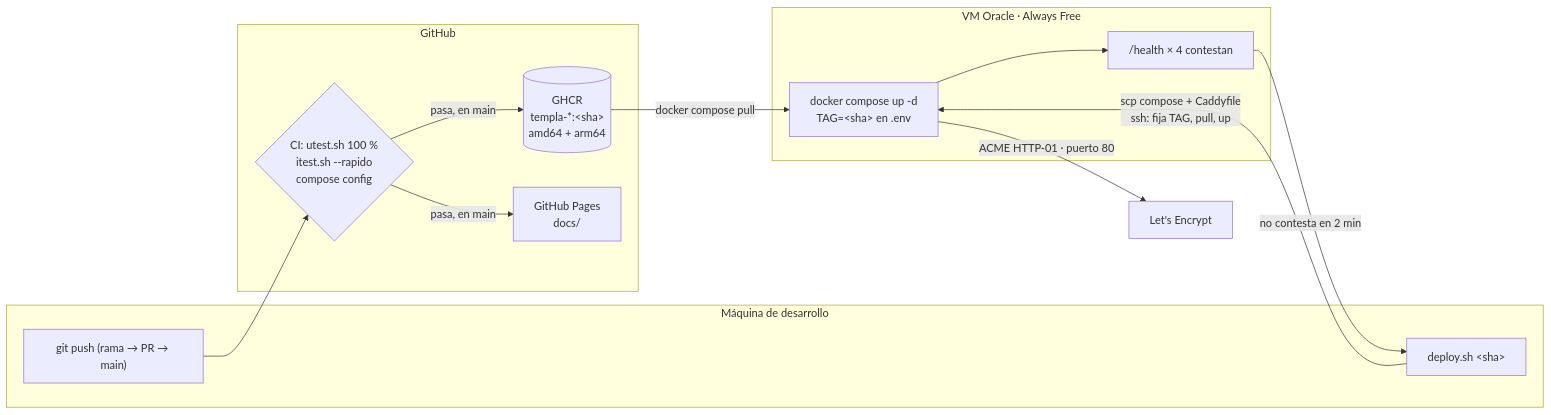
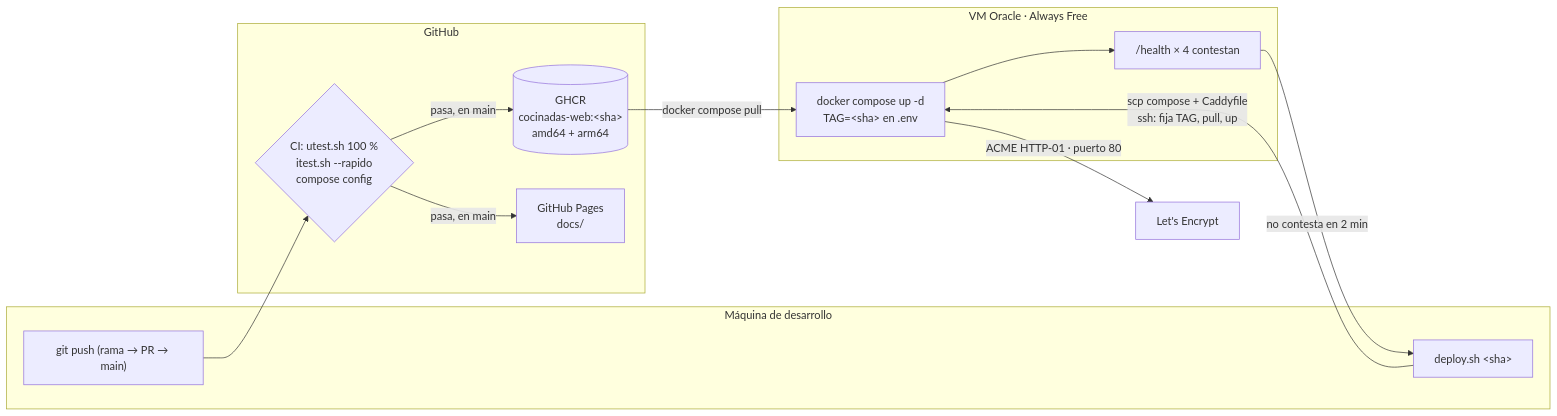
The diagram in docs/diagrams/despliegue.mmd (carlos-illobre/cocinadas), drawn with Mermaid before and after one commit. The commit also changed 33 other files, not shown here.

```diff
--- a/docs/diagrams/despliegue.mmd
+++ b/docs/diagrams/despliegue.mmd
@@ -1,23 +1,23 @@
 flowchart LR
   subgraph dev["Máquina de desarrollo"]
     push["git push (rama → PR → main)"]
     deploy["deploy.sh &lt;sha&gt;"]
   end
   subgraph gh["GitHub"]
     ci{"CI: utest.sh 100 %<br/>itest.sh --rapido<br/>compose config"}
-    ghcr[("GHCR<br/>templa-*:&lt;sha&gt;<br/>amd64 + arm64")]
+    ghcr[("GHCR<br/>cocinadas-web:&lt;sha&gt;<br/>amd64 + arm64")]
     pages["GitHub Pages<br/>docs/"]
   end
   subgraph vm["VM Oracle · Always Free"]
     compose["docker compose up -d<br/>TAG=&lt;sha&gt; en .env"]
     health["/health × 4 contestan"]
   end
   le["Let's Encrypt"]
   push --> ci
   ci -- "pasa, en main" --> ghcr
   ci -- "pasa, en main" --> pages
   deploy -- "scp compose + Caddyfile<br/>ssh: fija TAG, pull, up" --> compose
   ghcr -- "docker compose pull" --> compose
   compose --> health
   health -- "no contesta en 2 min" --> deploy
   compose -- "ACME HTTP-01 · puerto 80" --> le
```
